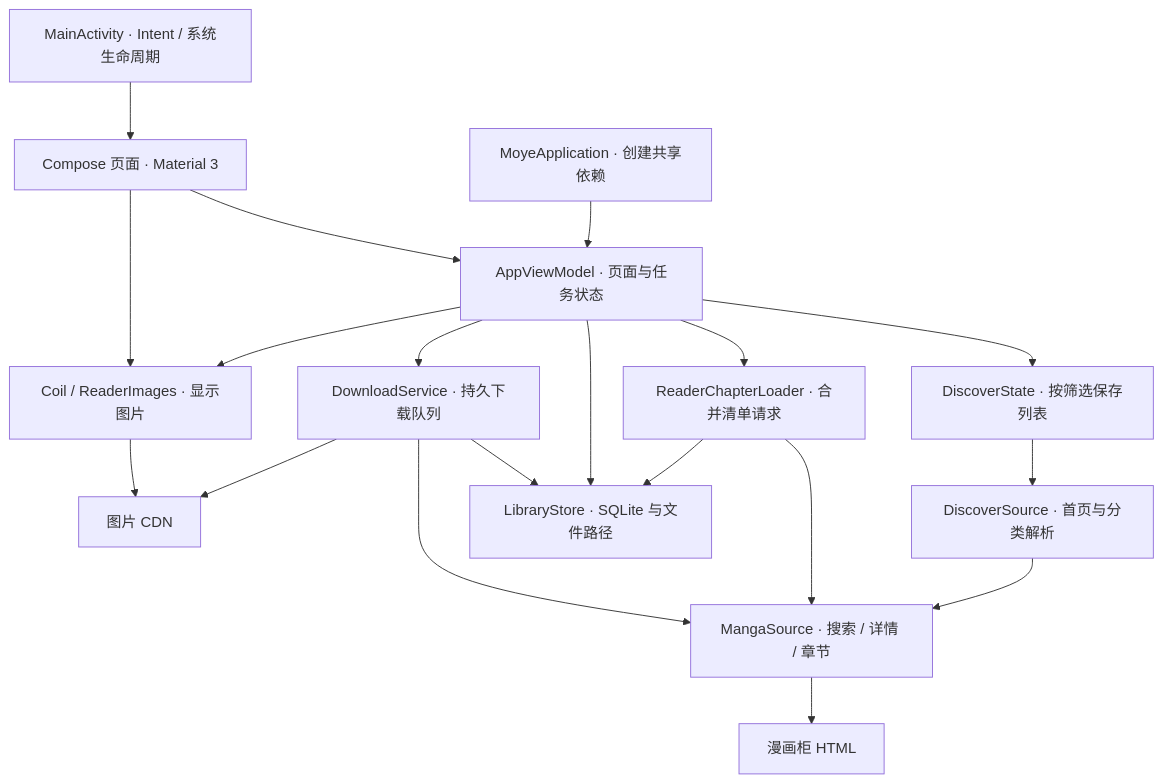
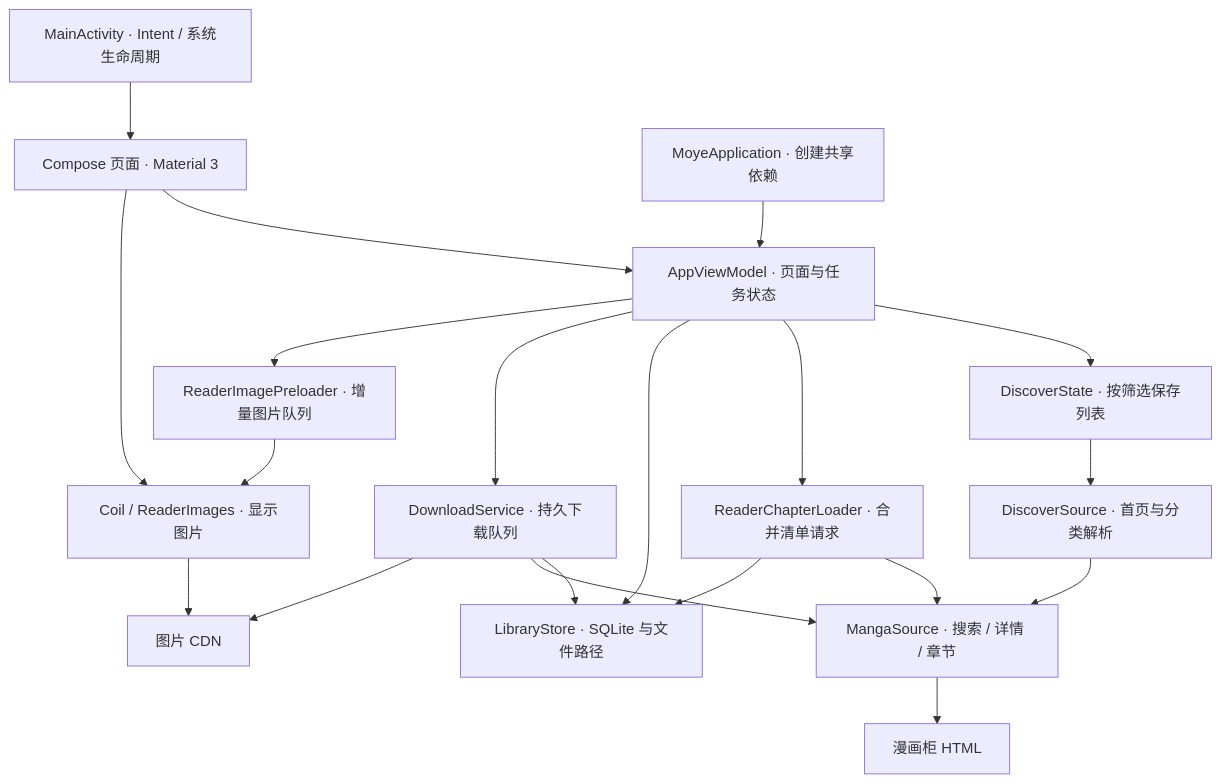
Before and after one commit to hzxslzb/ComicReader: the diagram in Doc/02-系统架构.md, drawn with Mermaid. The commit also changed other lines of this file and 31 other files, not shown here.

````diff
--- a/Doc/02-系统架构.md
+++ b/Doc/02-系统架构.md
@@ -13,21 +13,22 @@
 ```mermaid
 flowchart TB
     Activity["MainActivity · Intent / 系统生命周期"] --> UI["Compose 页面 · Material 3"]
     App["MoyeApplication · 创建共享依赖"] --> VM["AppViewModel · 页面与任务状态"]
     UI --> VM
     VM --> Discover["DiscoverState · 按筛选保存列表"]
     Discover --> DS["DiscoverSource · 首页与分类解析"]
     VM --> Loader["ReaderChapterLoader · 合并清单请求"]
     Loader --> Source["MangaSource · 搜索 / 详情 / 章节"]
     DS --> Source
     VM --> Store["LibraryStore · SQLite 与文件路径"]
     Loader --> Store
     VM --> Service["DownloadService · 持久下载队列"]
     Service --> Store
     Service --> Source
     UI --> Images["Coil / ReaderImages · 显示图片"]
-    VM --> Images
+    VM --> Queue["ReaderImagePreloader · 增量图片队列"]
+    Queue --> Images
     Source --> Web["漫画柜 HTML"]
     Images --> CDN["图片 CDN"]
     Service --> CDN
 ```
````
